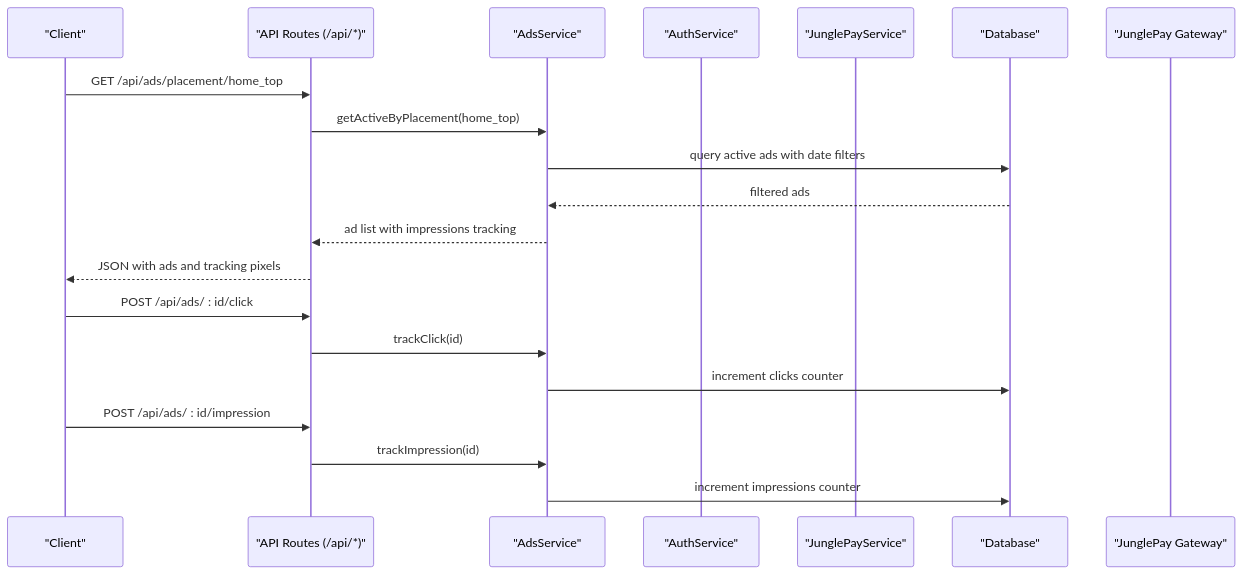
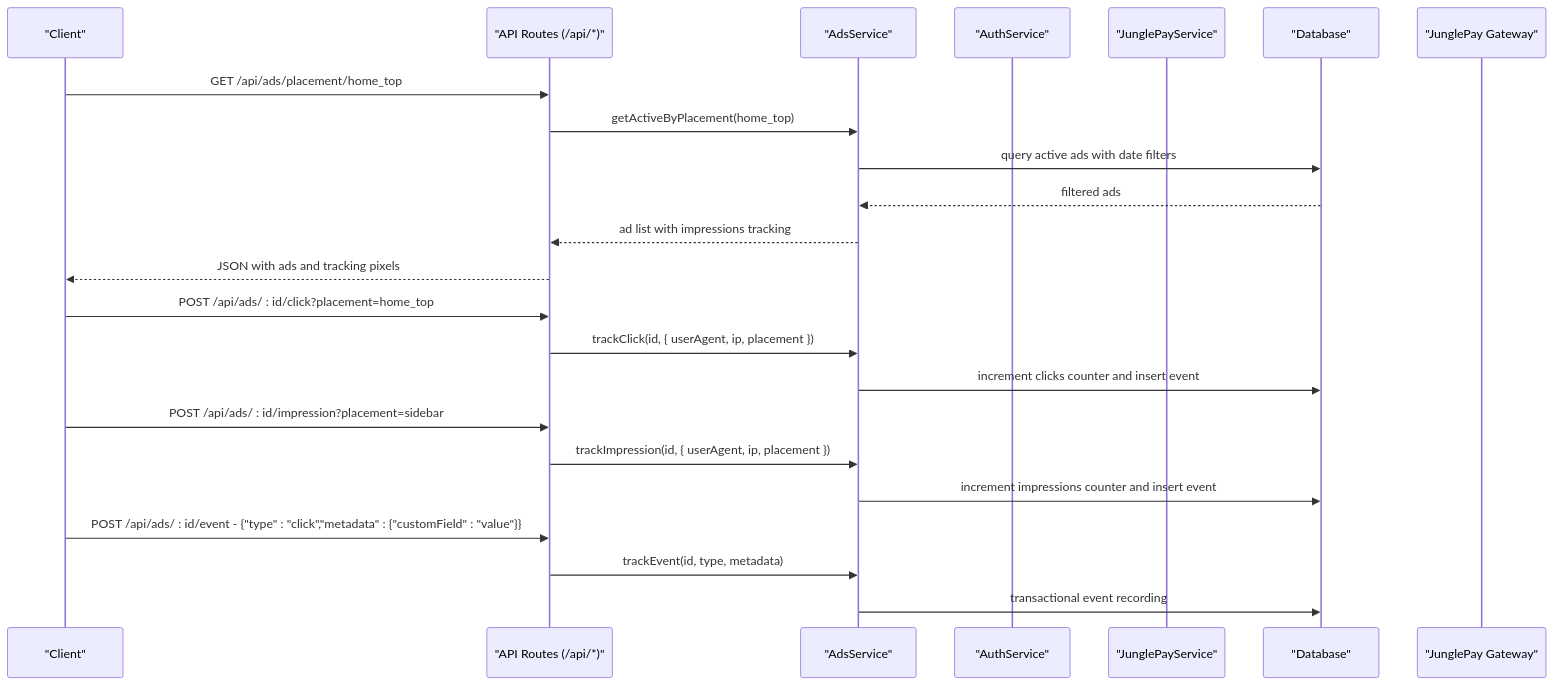
Before and after one commit to eromedrive2tb-gif/Avitrine: the second of 3 diagrams in .qoder/repowiki/en/content/API Reference/API Reference.md, drawn with Mermaid. The commit also changed other lines of this file and 18 other files, not shown here.

````diff
--- a/.qoder/repowiki/en/content/API Reference/API Reference.md
+++ b/.qoder/repowiki/en/content/API Reference/API Reference.md
@@ -160,22 +160,25 @@
 ```mermaid
 sequenceDiagram
 participant Client as "Client"
 participant API as "API Routes (/api/*)"
 participant Ads as "AdsService"
 participant Auth as "AuthService"
 participant Pay as "JunglePayService"
 participant DB as "Database"
 participant JP as "JunglePay Gateway"
 Client->>API : GET /api/ads/placement/home_top
 API->>Ads : getActiveByPlacement(home_top)
 Ads->>DB : query active ads with date filters
 DB-->>Ads : filtered ads
 Ads-->>API : ad list with impressions tracking
 API-->>Client : JSON with ads and tracking pixels
-Client->>API : POST /api/ads/ : id/click
-API->>Ads : trackClick(id)
-Ads->>DB : increment clicks counter
-Client->>API : POST /api/ads/ : id/impression
-API->>Ads : trackImpression(id)
-Ads->>DB : increment impressions counter
+Client->>API : POST /api/ads/ : id/click?placement=home_top
+API->>Ads : trackClick(id, { userAgent, ip, placement })
+Ads->>DB : increment clicks counter and insert event
+Client->>API : POST /api/ads/ : id/impression?placement=sidebar
+API->>Ads : trackImpression(id, { userAgent, ip, placement })
+Ads->>DB : increment impressions counter and insert event
+Client->>API : POST /api/ads/ : id/event - {"type" : "click","metadata" : {"customField" : "value"}}
+API->>Ads : trackEvent(id, type, metadata)
+Ads->>DB : transactional event recording
 ```
````
